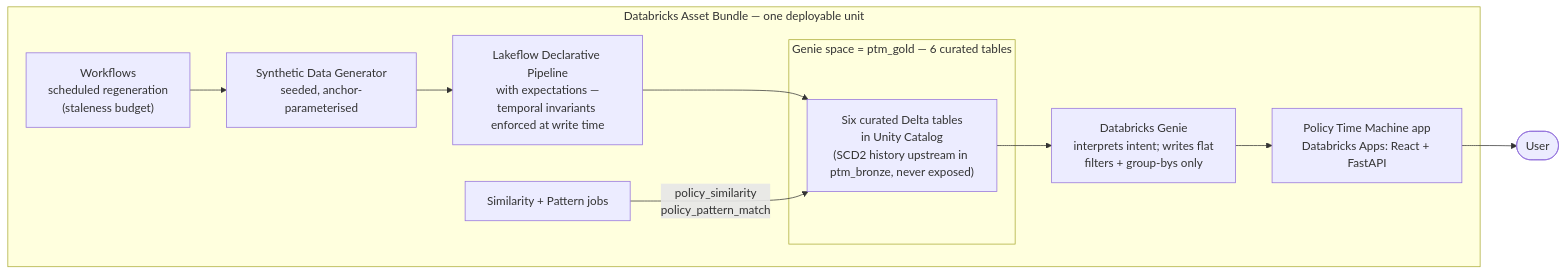
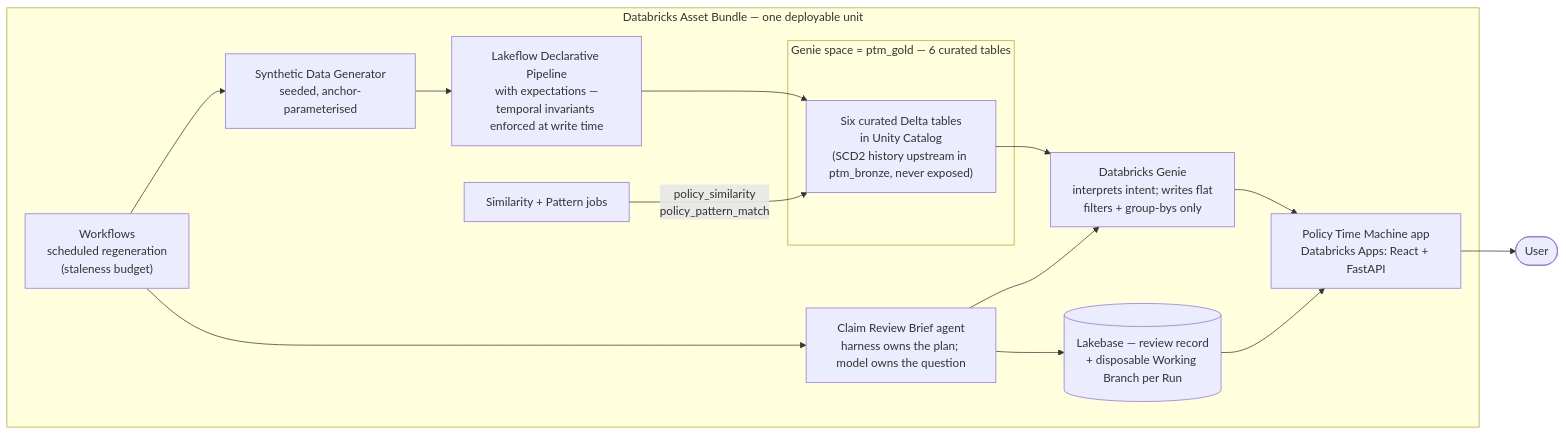
Before and after one commit to Sushruth-TechFabric/policy-time-machine: the diagram in docs/diagrams/01-high-level.mmd, drawn with Mermaid. The commit also changed 5 other files, not shown here.

First line of the commit message:
Docs: meetup demo spec, test layer five, architecture diagram with the agent and Lakebase

```diff
--- a/docs/diagrams/01-high-level.mmd
+++ b/docs/diagrams/01-high-level.mmd
@@ -1,18 +1,24 @@
 %% Diagram 1 — High-level architecture. Audience: judges; first slide of the writeup.
 %% Embedded in docs/specs/09-product-charter.md. Vocabulary per CONTEXT.md and 03-genie-knowledge.md §7.
 flowchart LR
     subgraph bundle["Databricks Asset Bundle — one deployable unit"]
         wf["Workflows<br/>scheduled regeneration<br/>(staleness budget)"]
         gen["Synthetic Data Generator<br/>seeded, anchor-parameterised"]
         dlt["Lakeflow Declarative Pipeline<br/>with expectations —<br/>temporal invariants enforced at write time"]
         jobs["Similarity + Pattern jobs"]
         subgraph gspace["Genie space = ptm_gold — 6 curated tables"]
             tables["Six curated Delta tables<br/>in Unity Catalog<br/>(SCD2 history upstream in ptm_bronze, never exposed)"]
         end
         genie["Databricks Genie<br/>interprets intent; writes flat<br/>filters + group-bys only"]
         app["Policy Time Machine app<br/>Databricks Apps: React + FastAPI"]
+        lakebase[("Lakebase — review record<br/>+ disposable Working Branch per Run")]
+        agent["Claim Review Brief agent<br/>harness owns the plan; model owns the question"]
     end
     user(["User"])
 
     wf --> gen --> dlt --> tables --> genie --> app --> user
     jobs -->|"policy_similarity<br/>policy_pattern_match"| tables
+    wf --> agent
+    agent --> lakebase
+    agent --> genie
+    lakebase --> app
```
